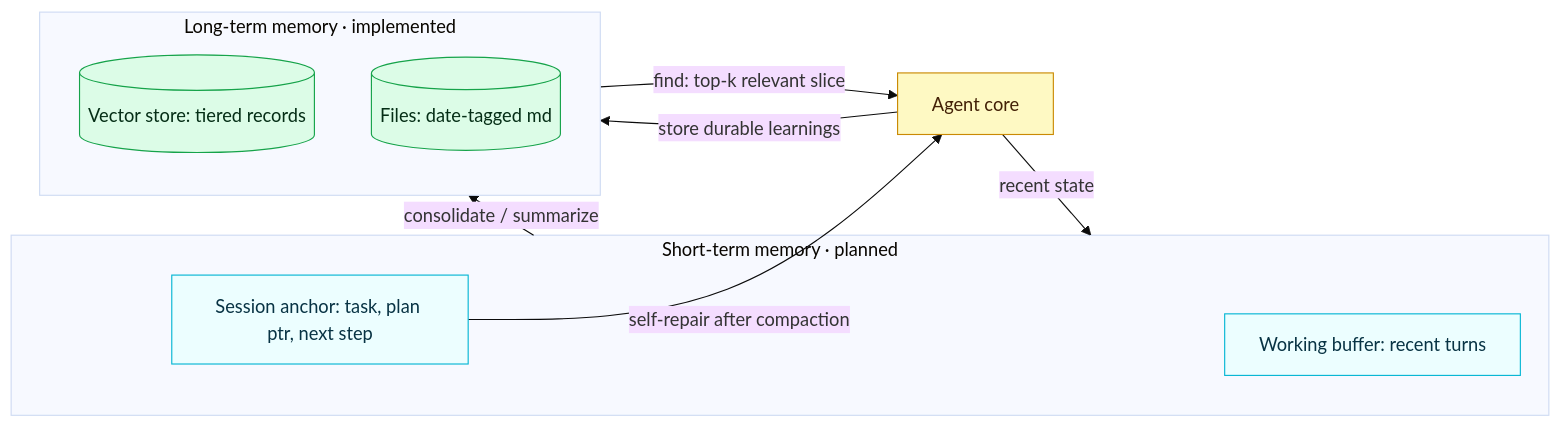
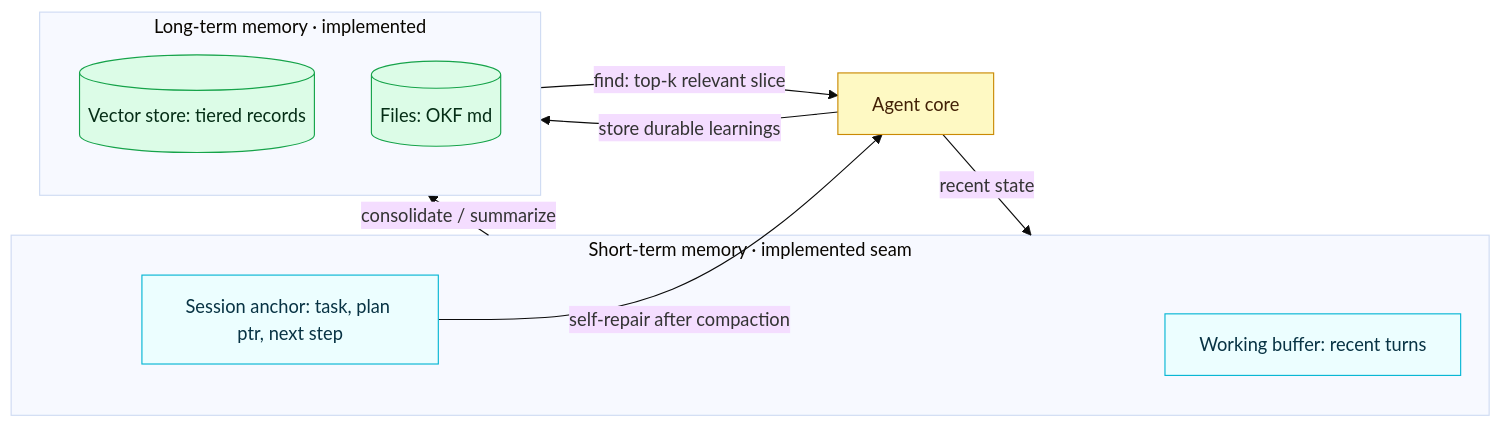
Before and after one commit to aquifer-labs/brunnr: the first of 6 diagrams in docs/memory.md, drawn with Mermaid (base theme). The commit also changed other lines of this file and 45 other files, not shown here.

````diff
--- a/docs/memory.md
+++ b/docs/memory.md
@@ -38,21 +38,21 @@
 ```mermaid
 flowchart LR
   Agent[Agent core]:::agent
-  subgraph STM["Short-term memory · planned"]
+  subgraph STM["Short-term memory · implemented seam"]
     W[Working buffer: recent turns]:::stm
     A[Session anchor: task, plan ptr, next step]:::stm
   end
   subgraph LTM["Long-term memory · implemented"]
     V[(Vector store: tiered records)]:::ltm
-    F[(Files: date-tagged md)]:::ltm
+    F[(Files: OKF md)]:::ltm
   end
   Agent -->|store durable learnings| LTM
   Agent -->|recent state| STM
   STM -->|consolidate / summarize| LTM
   LTM -->|find: top-k relevant slice| Agent
   A -->|self-repair after compaction| Agent
 
   classDef agent fill:#fef9c3,stroke:#ca8a04,color:#422006;
   classDef stm fill:#ecfeff,stroke:#06b6d4,color:#083344;
   classDef ltm fill:#dcfce7,stroke:#16a34a,color:#052e16;
 ```
````
